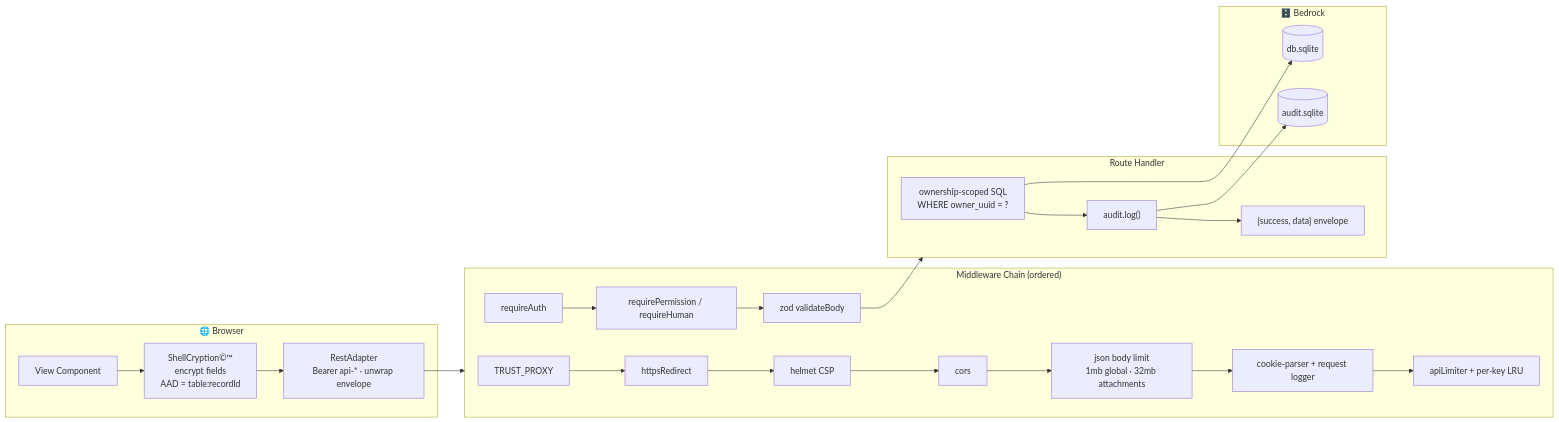
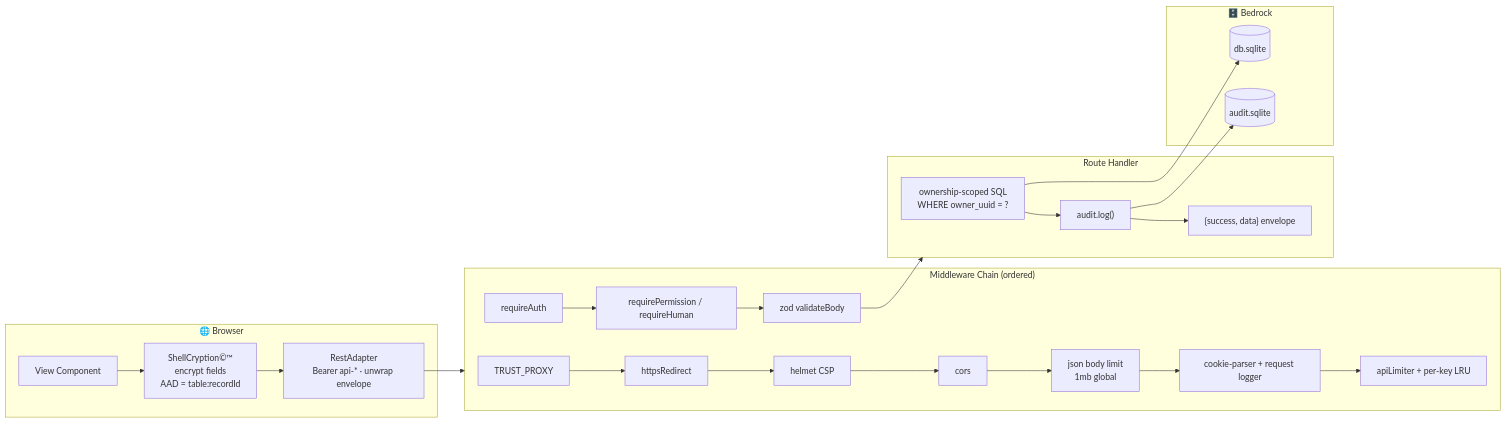
One commit to ClawStackStudios/ShellGuard changed the first of 2 diagrams in ARCHITECTURE.md. Above: the diagram before and after it, drawn with Mermaid. The commit also changed other lines of this file and 7 other files, not shown here.

````diff
--- a/ARCHITECTURE.md
+++ b/ARCHITECTURE.md
@@ -189,31 +189,31 @@
 ```mermaid
 graph LR
     subgraph Browser ["🌐 Browser"]
         V["View Component"] --> SC["ShellCryption©™<br/>encrypt fields<br/>AAD = table:recordId"]
         SC --> RA["RestAdapter<br/>Bearer api-* · unwrap envelope"]
     end
 
     subgraph MW ["Middleware Chain (ordered)"]
         M1["TRUST_PROXY"] --> M2["httpsRedirect"] --> M3["helmet CSP"]
-        M3 --> M4["cors"] --> M5["json body limit<br/>1mb global · 32mb attachments"]
+        M3 --> M4["cors"] --> M5["json body limit<br/>1mb global"]
         M5 --> M6["cookie-parser + request logger"]
         M6 --> M7["apiLimiter + per-key LRU"]
         M8["requireAuth"] --> M9["requirePermission / requireHuman"]
         M9 --> VB["zod validateBody"]
     end
 
     subgraph Handler ["Route Handler"]
         H1["ownership-scoped SQL<br/>WHERE owner_uuid = ?"] --> H2["audit.log()"]
         H2 --> H3["{success, data} envelope"]
     end
 
     subgraph Storage ["🗄️ Bedrock"]
         DB[("db.sqlite")]
         AUDIT[("audit.sqlite")]
     end
 
     RA --> MW
     VB --> Handler
     H1 --> DB
     H2 --> AUDIT
 ```
````
